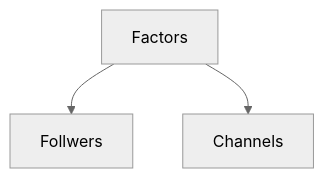
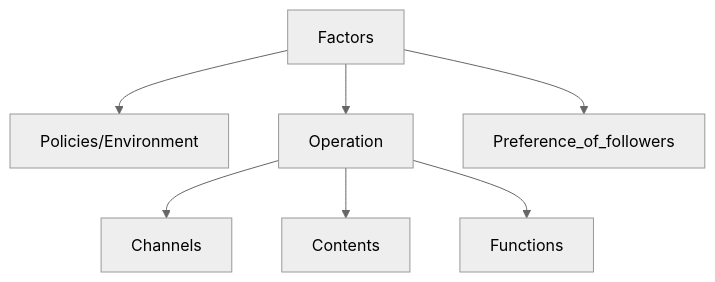
One commit to goooooooooooogle/just-the-docs-template changed the diagram in index.md. Above: the diagram before and after it, drawn with Mermaid (neutral theme). The commit also changed other lines of this file, not shown here.

````diff
--- a/index.md
+++ b/index.md
@@ -28,5 +29,9 @@
 ```mermaid
 graph
-    Factors-->Follwers
-    Factors-->Channels
+    Factors-->Policies/Environment
+    Factors-->Operation
+    Operation-->Channels
+    Operation-->Contents
+    Operation-->Functions
+    Factors-->Preference_of_followers
 ```
````
